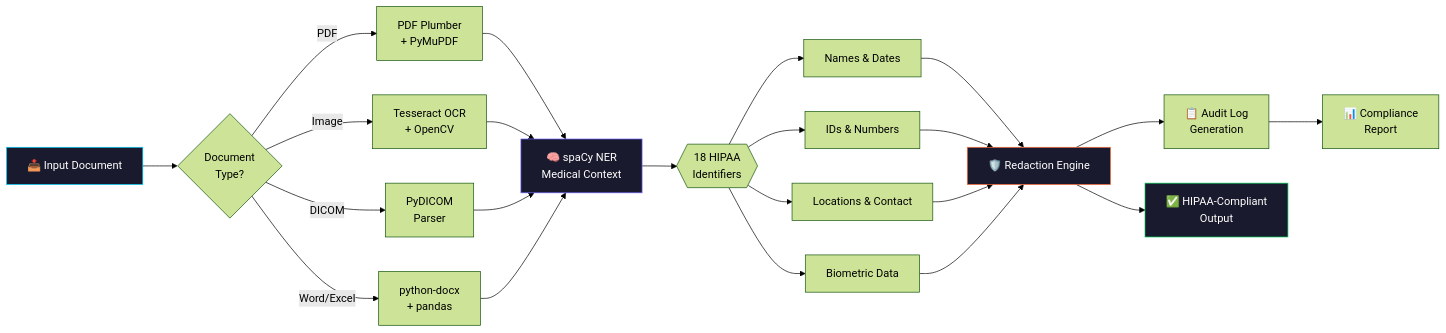
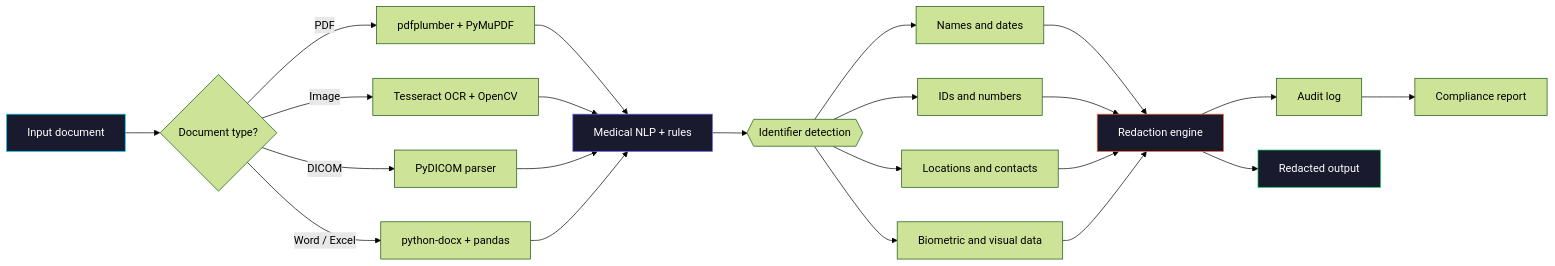
Before and after one commit to vedantjn27/Medvault-Medical-Privacy-Protection-Pipeline-final-implementation: the third of 4 diagrams in README.md, drawn with Mermaid (forest theme). The commit also changed other lines of this file, not shown here.

````diff
--- a/README.md
+++ b/README.md
@@ -213,27 +203,26 @@
 ```mermaid
 flowchart LR
-    A["📥 Input Document"] --> B{"Document<br/>Type?"}
-    B -->|PDF| C["PDF Plumber<br/>+ PyMuPDF"]
-    B -->|Image| D["Tesseract OCR<br/>+ OpenCV"]
-    B -->|DICOM| E["PyDICOM<br/>Parser"]
-    B -->|Word/Excel| F["python-docx<br/>+ pandas"]
+    A["Input document"] --> B{"Document type?"}
+    B -->|PDF| C["pdfplumber + PyMuPDF"]
+    B -->|Image| D["Tesseract OCR + OpenCV"]
+    B -->|DICOM| E["PyDICOM parser"]
+    B -->|Word / Excel| F["python-docx + pandas"]
 
-    C & D & E & F --> G["🧠 spaCy NER<br/>Medical Context"]
+    C & D & E & F --> G["Medical NLP + rules"]
+    G --> H{{"Identifier detection"}}
 
-    G --> H{{"18 HIPAA<br/>Identifiers"}}
+    H --> I["Names and dates"]
+    H --> J["IDs and numbers"]
+    H --> K["Locations and contacts"]
+    H --> L["Biometric and visual data"]
 
-    H --> I["Names & Dates"]
-    H --> J["IDs & Numbers"]
-    H --> K["Locations & Contact"]
-    H --> L["Biometric Data"]
-
-    I & J & K & L --> M["🛡️ Redaction Engine"]
-    M --> N["📋 Audit Log<br/>Generation"]
-    M --> O["✅ HIPAA-Compliant<br/>Output"]
-    N --> P["📊 Compliance<br/>Report"]
+    I & J & K & L --> M["Redaction engine"]
+    M --> N["Audit log"]
+    M --> O["Redacted output"]
+    N --> P["Compliance report"]
 
     style A fill:#1a1a2e,stroke:#00D4FF,color:#fff
     style O fill:#1a1a2e,stroke:#00C853,color:#fff
     style G fill:#1a1a2e,stroke:#6C63FF,color:#fff
     style M fill:#1a1a2e,stroke:#FF6B35,color:#fff
 ```
````
